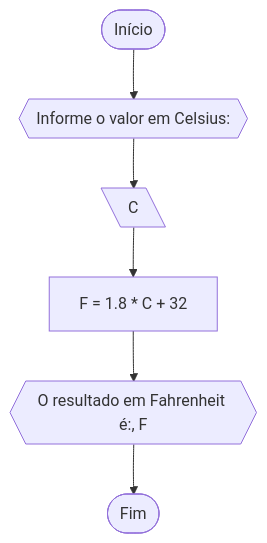
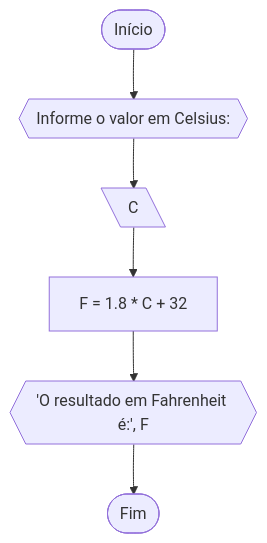
One commit to Jandih/Unifor changed the second of 2 diagrams in RLA/lista_exercicio_2.md. Above: the diagram before and after it, drawn with Mermaid. The commit also changed other lines of this file, not shown here.

`````diff
--- a/RLA/lista_exercicio_2.md
+++ b/RLA/lista_exercicio_2.md
@@ -30,8 +30,8 @@
 ````mermaid
 flowchart TD
 A([Início]) --> B{{Informe o valor em Celsius:}}
 B --> C[\C\]
 C --> D[F = 1.8 * C + 32]
-D --> E{{O resultado em Fahrenheit é:, F}}
+D --> E{{'O resultado em Fahrenheit é:', F}}
 E --> F([Fim])
 ````
`````
